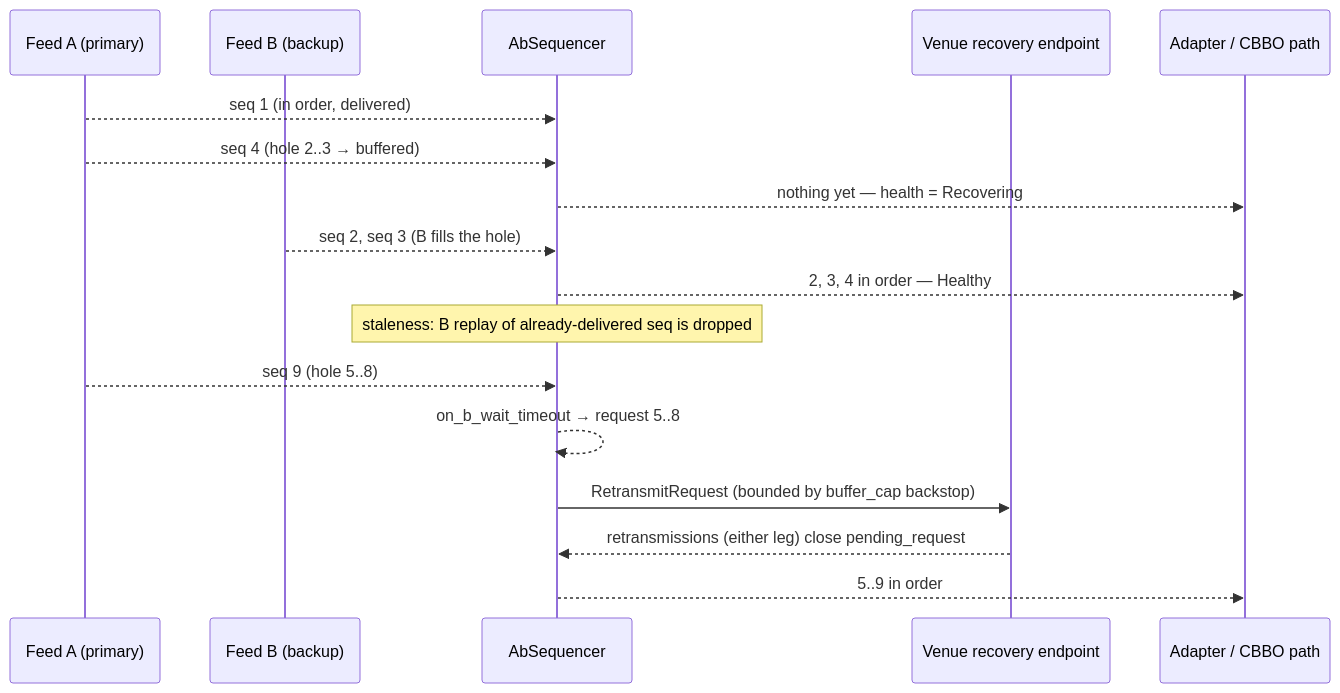
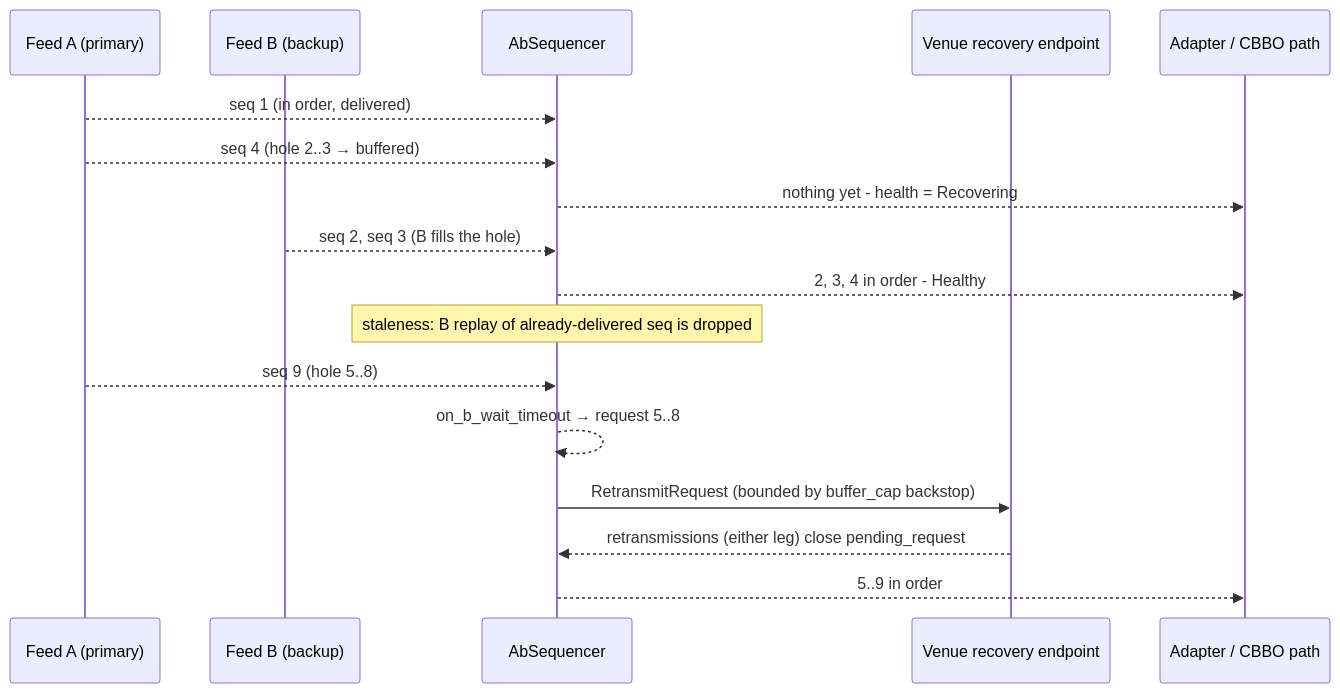
Before and after one commit to Exchange8-dev/exchange8-vfeeds: the sixth of 13 diagrams in DESIGN.md, drawn with Mermaid. The commit also changed other lines of this file and 19 other files, not shown here.

````diff
--- a/DESIGN.md
+++ b/DESIGN.md
@@ -226,20 +226,20 @@
 ```mermaid
 sequenceDiagram
     participant A as Feed A (primary)
     participant B as Feed B (backup)
     participant Seq as AbSequencer
     participant RQ as Venue recovery endpoint
     participant Sink as Adapter / CBBO path
 
     A-->>Seq: seq 1 (in order, delivered)
     A-->>Seq: seq 4 (hole 2..3 → buffered)
-    Seq-->>Sink: nothing yet — health = Recovering
+    Seq-->>Sink: nothing yet - health = Recovering
     B-->>Seq: seq 2, seq 3 (B fills the hole)
-    Seq-->>Sink: 2, 3, 4 in order — Healthy
+    Seq-->>Sink: 2, 3, 4 in order - Healthy
     Note over Seq: staleness: B replay of already-delivered seq is dropped
     A-->>Seq: seq 9 (hole 5..8)
     Seq-->>Seq: on_b_wait_timeout → request 5..8
     Seq->>RQ: RetransmitRequest (bounded by buffer_cap backstop)
     RQ-->>Seq: retransmissions (either leg) close pending_request
     Seq-->>Sink: 5..9 in order
 ```
````
